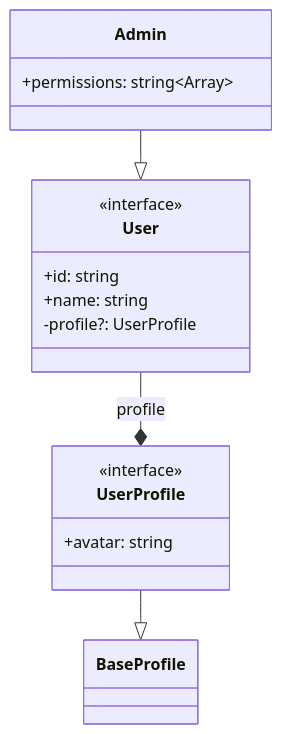
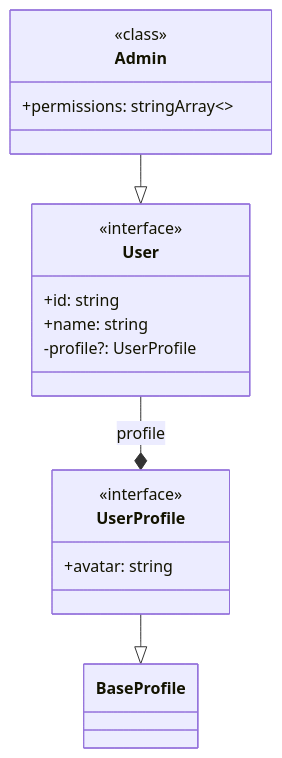
One commit to hesreallyhim/ts-to-mermaid changed the first of 2 diagrams in README.md. Above: the diagram before and after it, drawn with Mermaid. The commit also changed other lines of this file and 3 other files, not shown here.

````diff
--- a/README.md
+++ b/README.md
@@ -52,22 +53,29 @@
 ```mermaid
 classDiagram
+  %% Legend
+  %% --|> : Inheritance (extends)
+  %% ..|> : Implementation (implements)
+  %% --* : Composition (has/contains)
+  %% -- : Association
+
   class User {
     <<interface>>
     +id: string
     +name: string
     -profile?: UserProfile
   }
   
   class UserProfile {
     <<interface>>
     +avatar: string
   }
   
   class Admin {
-    +permissions: string~Array~
+    <<class>>
+    +permissions: stringArray~~
   }
   
   UserProfile --|> BaseProfile
   User --* UserProfile : profile
   Admin --|> User
 ```
````
